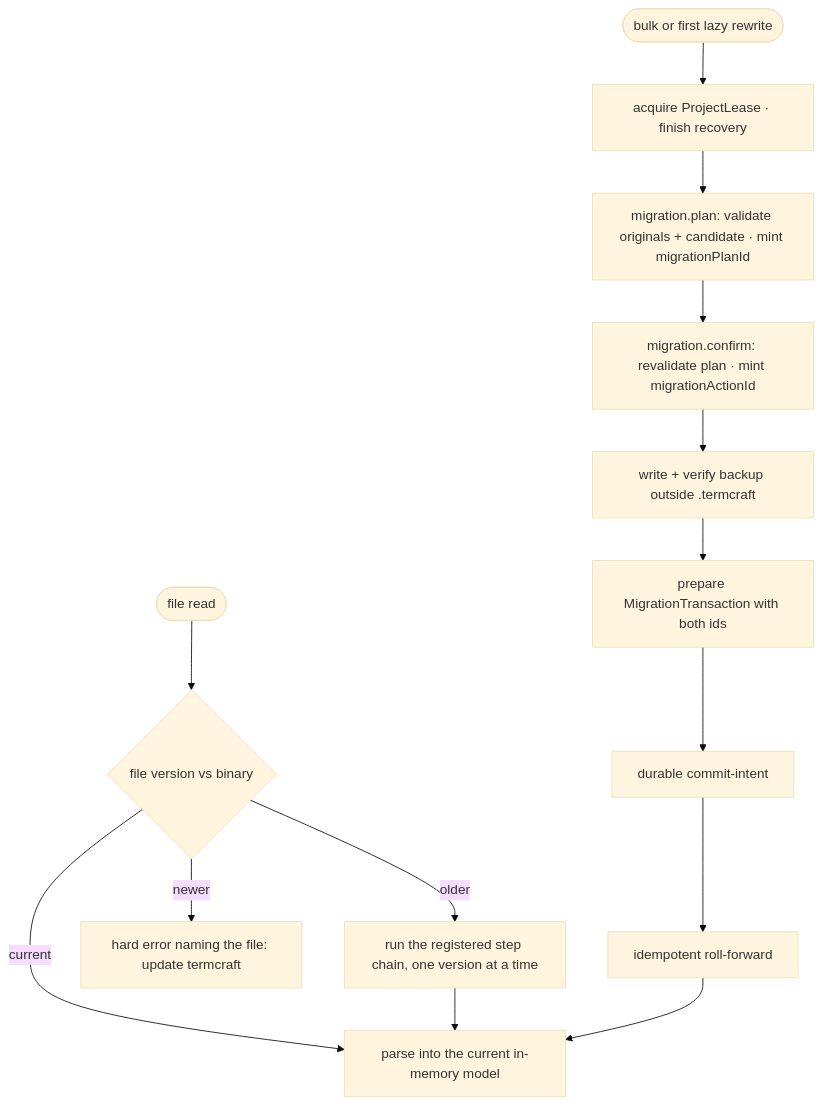
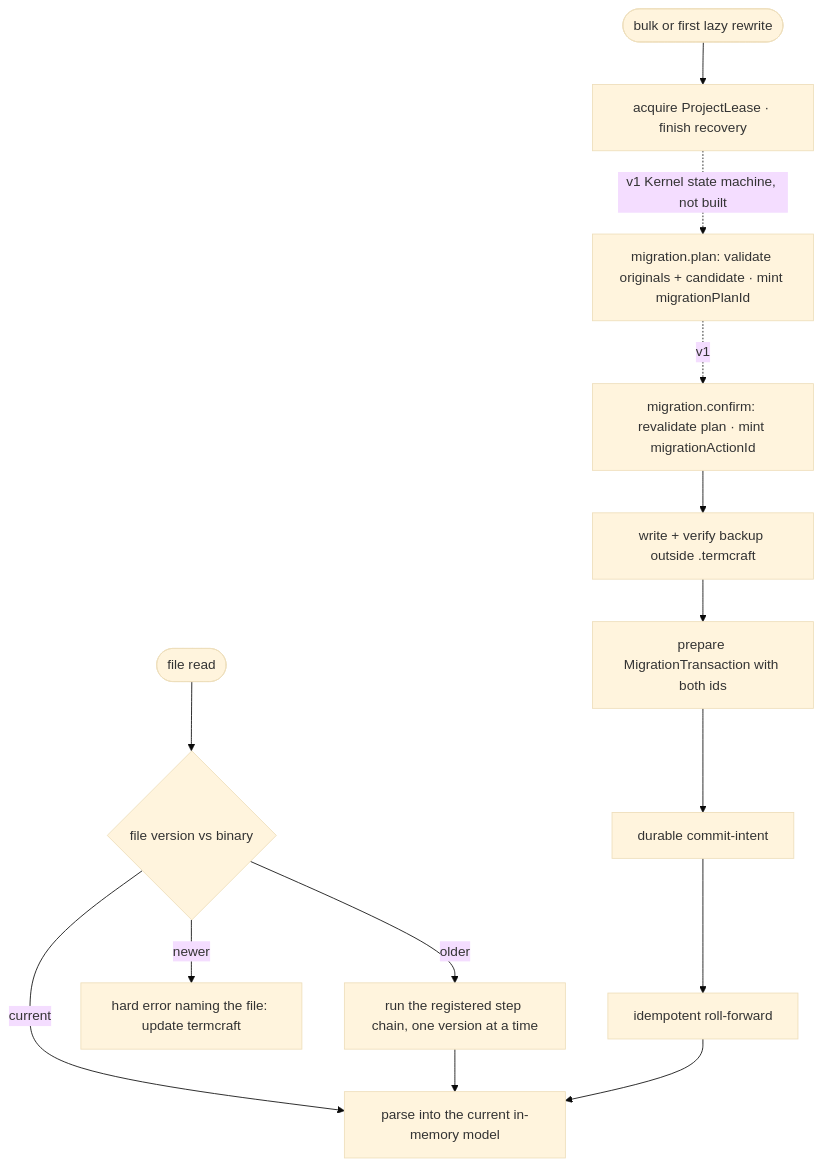
The diagram in docs/architecture/flows/migration.md (khmilevoi/termcraft), drawn with Mermaid (base theme) before and after one commit. The commit also changed other lines of this file and 12 other files, not shown here.

First line of the commit message:
docs(architecture): migrate Source anchors from specs to real source files

````diff
--- a/docs/architecture/flows/migration.md
+++ b/docs/architecture/flows/migration.md
@@ -3,17 +3,17 @@
 ```mermaid
 flowchart TD
     read(["file read"]) --> ver{"file version vs binary"}
     ver -- "current" --> use["parse into the current in-memory model"]
     ver -- "older" --> chain["run the registered step chain, one version at a time"]
     chain --> use
     ver -- "newer" --> err["hard error naming the file: update termcraft"]
 
     bulk(["bulk or first lazy rewrite"]) --> lease["acquire ProjectLease · finish recovery"]
-    lease --> plan["migration.plan: validate originals + candidate · mint migrationPlanId"]
-    plan --> confirm["migration.confirm: revalidate plan · mint migrationActionId"]
+    lease -. "v1 Kernel state machine, not built" .-> plan["migration.plan: validate originals + candidate · mint migrationPlanId"]
+    plan -. "v1" .-> confirm["migration.confirm: revalidate plan · mint migrationActionId"]
     confirm --> backup["write + verify backup outside .termcraft"]
     backup --> tx["prepare MigrationTransaction with both ids"]
     tx --> intent["durable commit-intent"]
     intent --> all["idempotent roll-forward"]
     all --> use
 ```
````
